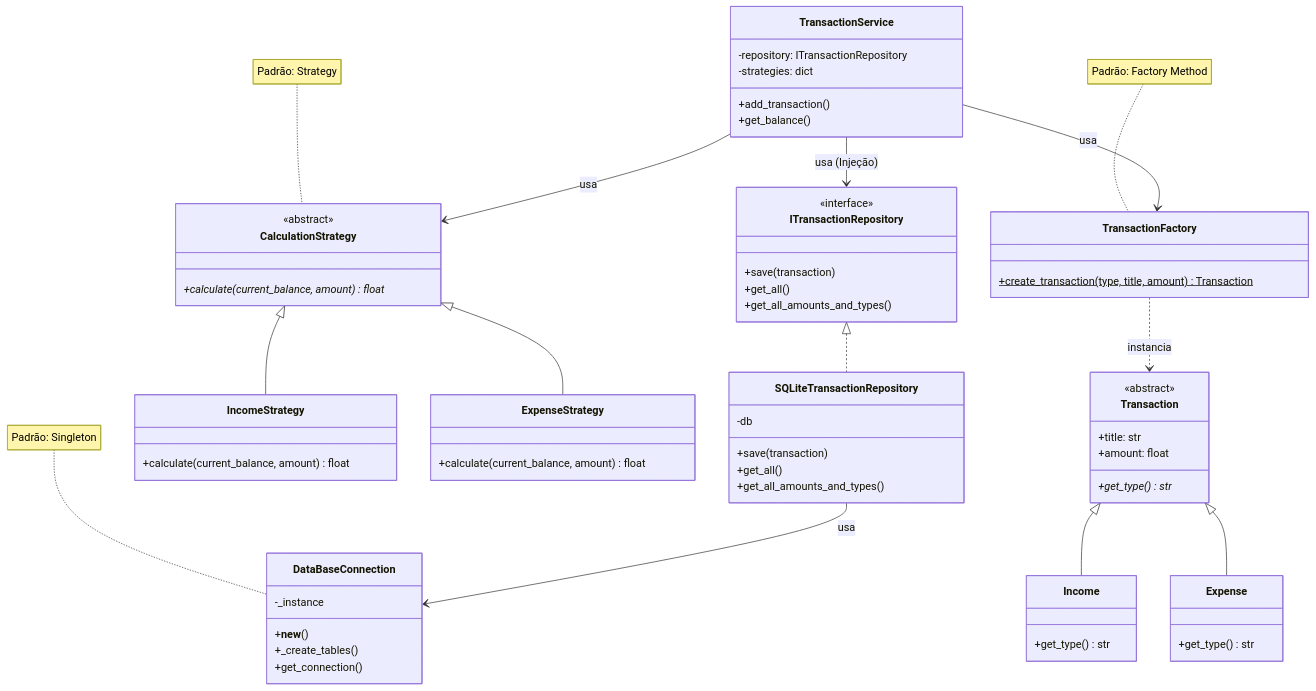
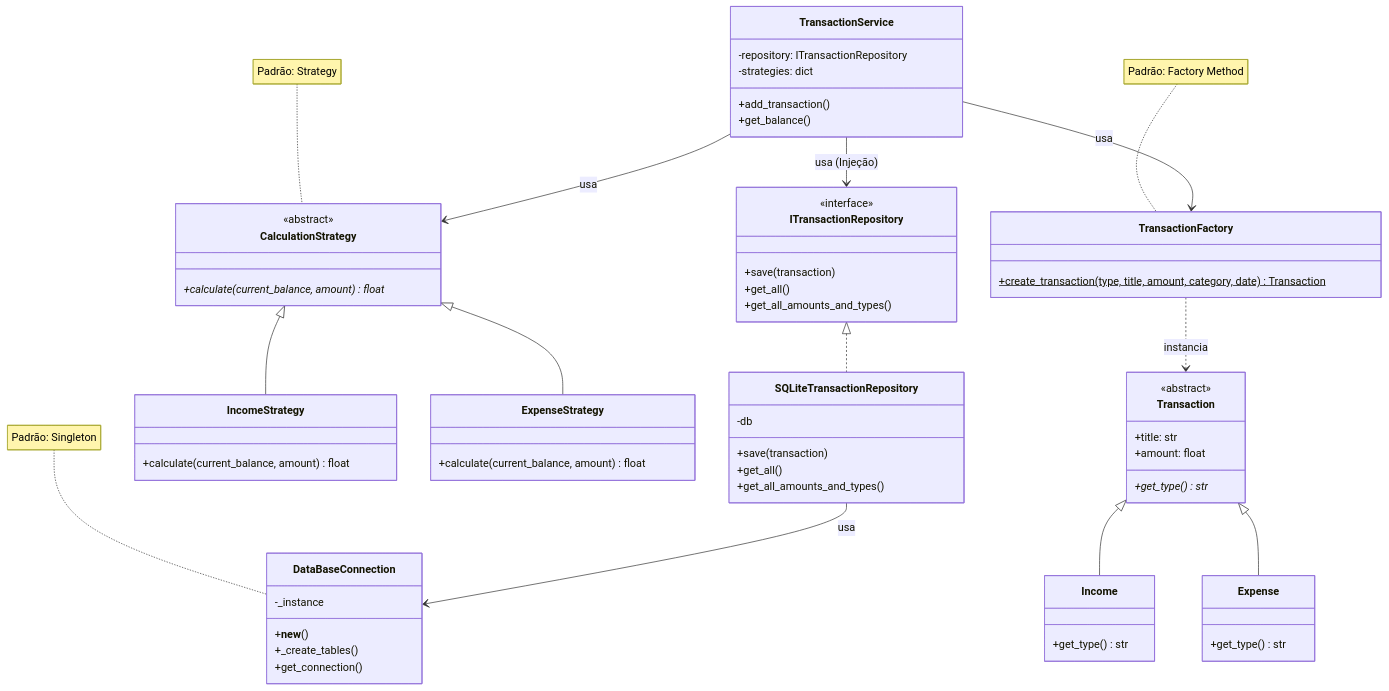
The second of 3 diagrams in diagramas.md (Capovillaa/Trabalho_final_Padroes_arquitetura_software), drawn with Mermaid before and after one commit. The commit also changed other lines of this file and 2 other files, not shown here.

Commit message:
docs: adiciona ADR-007 para uso do React e atualiza diagramas arquiteturais

````diff
--- a/diagramas.md
+++ b/diagramas.md
@@ -24,70 +24,70 @@
 ```mermaid
 classDiagram
     class DataBaseConnection {
         -_instance
         +__new__()
         +_create_tables()
         +get_connection()
     }
     note for DataBaseConnection "Padrão: Singleton"
 
     class Transaction {
         <<abstract>>
         +title: str
         +amount: float
         +get_type()* str
     }
     class Income {
         +get_type() str
     }
     class Expense {
         +get_type() str
     }
     Transaction <|-- Income
     Transaction <|-- Expense
 
     class TransactionFactory {
-        +create_transaction(type, title, amount) Transaction$
+        +create_transaction(type, title, amount, category, date) Transaction$
     }
     note for TransactionFactory "Padrão: Factory Method"
     TransactionFactory ..> Transaction : instancia
 
     class CalculationStrategy {
         <<abstract>>
         +calculate(current_balance, amount)* float
     }
     class IncomeStrategy {
         +calculate(current_balance, amount) float
     }
     class ExpenseStrategy {
         +calculate(current_balance, amount) float
     }
     CalculationStrategy <|-- IncomeStrategy
     CalculationStrategy <|-- ExpenseStrategy
     note for CalculationStrategy "Padrão: Strategy"
 
     class ITransactionRepository {
         <<interface>>
         +save(transaction)
         +get_all()
         +get_all_amounts_and_types()
     }
     class SQLiteTransactionRepository {
         -db
         +save(transaction)
         +get_all()
         +get_all_amounts_and_types()
     }
     ITransactionRepository <|.. SQLiteTransactionRepository
     SQLiteTransactionRepository --> DataBaseConnection : usa
 
     class TransactionService {
         -repository: ITransactionRepository
         -strategies: dict
         +add_transaction()
         +get_balance()
     }
     TransactionService --> ITransactionRepository : usa (Injeção)
     TransactionService --> TransactionFactory : usa
     TransactionService --> CalculationStrategy : usa
 ```
````
